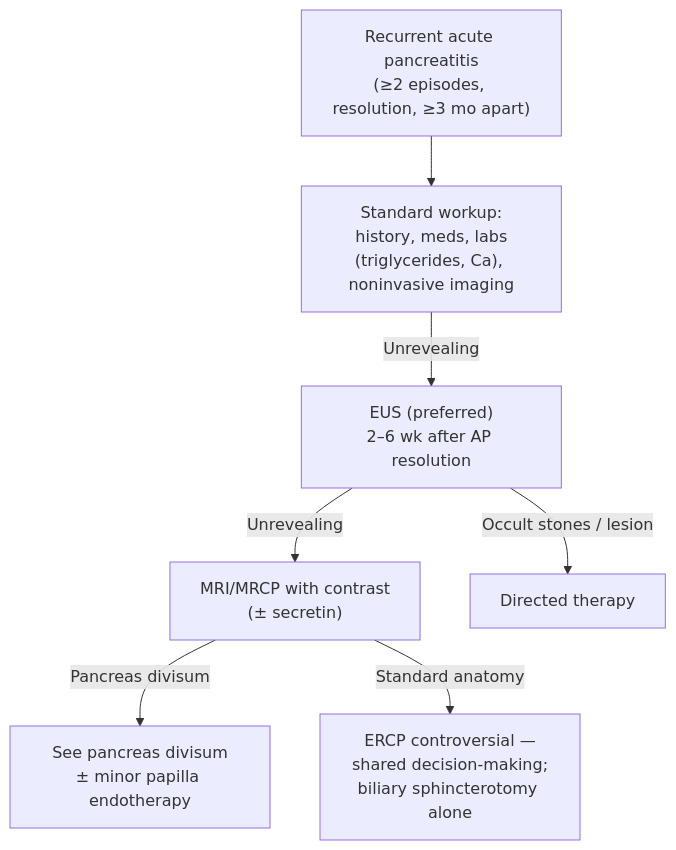
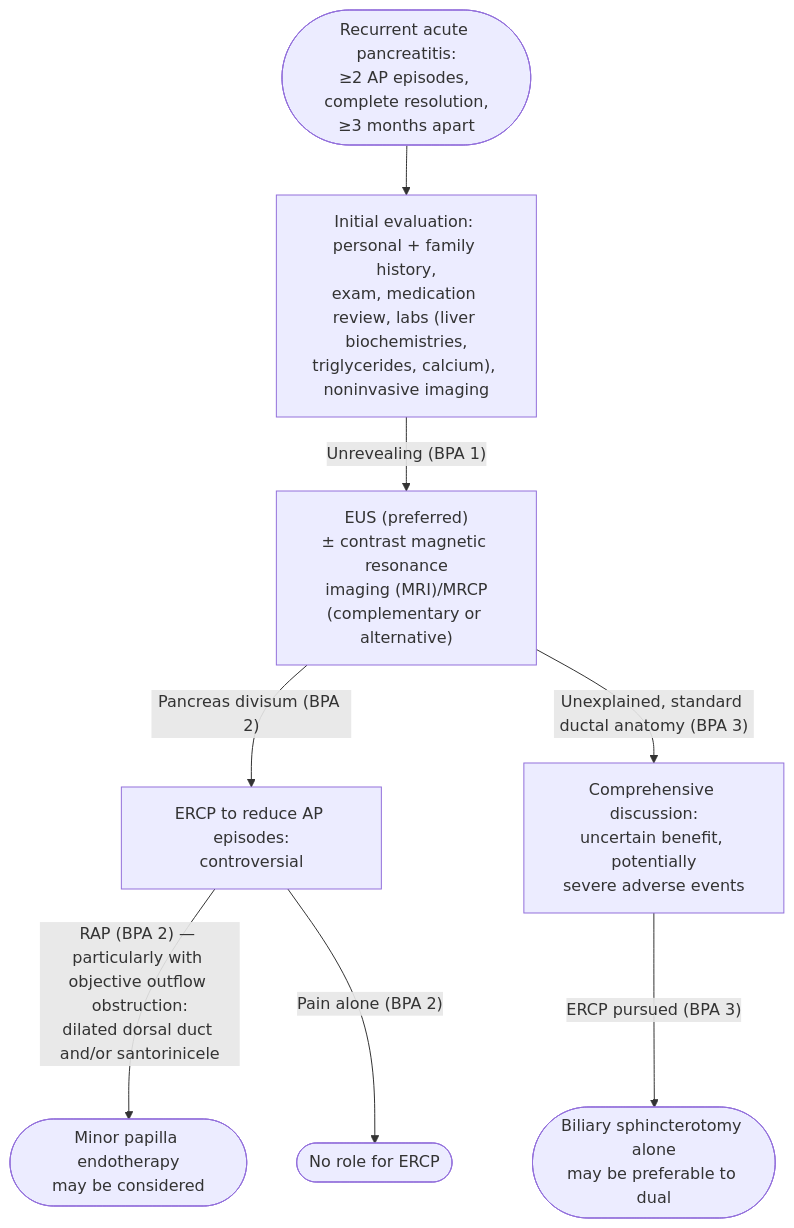
The diagram in KHNL-GI-Wiki/wiki/2-diagnostic-schemas/recurrent-acute-pancreatitis.md (KHNickLeMD/KHNL-GI-Wiki), drawn with Mermaid before and after one commit. The commit also changed other lines of this file and 6 other files, not shown here.

Commit message:
lint: quality review sweep (part 2) — abnormal liver tests after LT, recurrent acute pancreatitis, preprocedure testing reviewed + verified; AGA 2022 RAP and ASGE 2014 lab-testing source pages verified; log entry completed

````diff
--- a/KHNL-GI-Wiki/wiki/2-diagnostic-schemas/recurrent-acute-pancreatitis.md
+++ b/KHNL-GI-Wiki/wiki/2-diagnostic-schemas/recurrent-acute-pancreatitis.md
@@ -42,9 +40,14 @@
 ```mermaid
 flowchart TD
-    A["Recurrent acute pancreatitis<br/>(≥2 episodes, resolution, ≥3 mo apart)"] --> B["Standard workup:<br/>history, meds, labs<br/>(triglycerides, Ca), noninvasive imaging"]
-    B -->|Unrevealing| C["EUS (preferred)<br/>2–6 wk after AP resolution"]
-    C -->|Unrevealing| D["MRI/MRCP with contrast<br/>(± secretin)"]
-    C -->|Occult stones / lesion| E["Directed therapy"]
-    D -->|Pancreas divisum| F["See pancreas divisum<br/>± minor papilla endotherapy"]
-    D -->|Standard anatomy| G["ERCP controversial —<br/>shared decision-making;<br/>biliary sphincterotomy alone"]
+    A(["Recurrent acute pancreatitis:<br/>≥2 AP episodes, complete resolution,<br/>≥3 months apart"]) --> B["Initial evaluation: personal + family history,<br/>exam, medication review, labs (liver biochemistries,<br/>triglycerides, calcium), noninvasive imaging"]
+    B -- "Unrevealing (BPA 1)" --> C["EUS (preferred)<br/>± contrast magnetic resonance<br/>imaging (MRI)/MRCP<br/>(complementary or alternative)"]
+    C -- "Pancreas divisum (BPA 2)" --> E["ERCP to reduce AP episodes:<br/>controversial"]
+    E -- "RAP (BPA 2) — particularly with objective outflow obstruction:<br/>dilated dorsal duct and/or santorinicele" --> F(["Minor papilla endotherapy<br/>may be considered"])
+    E -- "Pain alone (BPA 2)" --> G(["No role for ERCP"])
+    C -- "Unexplained, standard ductal anatomy (BPA 3)" --> H["Comprehensive discussion:<br/>uncertain benefit, potentially<br/>severe adverse events"]
+    H -- "ERCP pursued (BPA 3)" --> I(["Biliary sphincterotomy alone<br/>may be preferable to dual"])
+    class A start
+    class B,C,E,H test
+    class F,I act
+    class G stop
 ```
````
